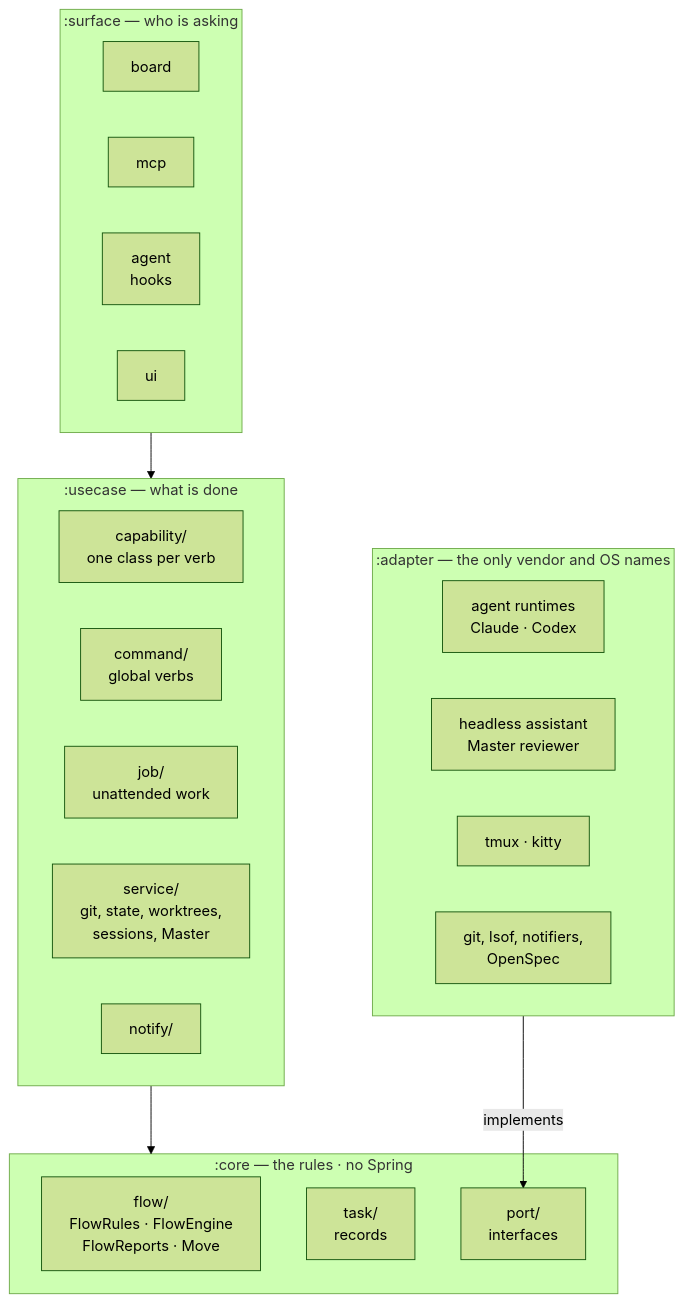
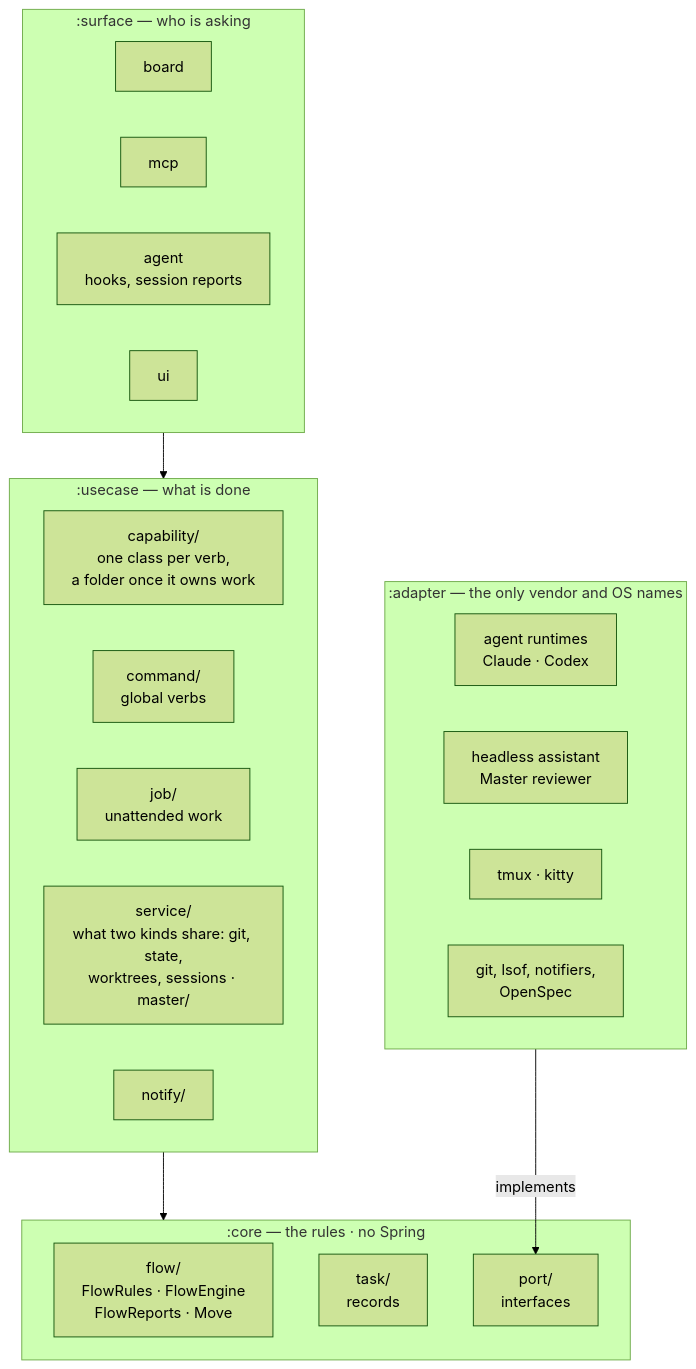
The third of 6 diagrams in docs/c4.md (GulDmitry/jagt), drawn with Mermaid (forest theme) before and after one commit. The commit also changed 2 other files, not shown here.

Commit message:
ARCHITECTURE.md listed the deleted ui/resume, a launch endpoint GlobalCommand.part replaced, no port/Answer and a job/ of jobs alone, c4 drew service/ as before the split, and RingsTest let jira, gitlab, github, anthropic and openai past the edge; all say what is there now

````diff
--- a/docs/c4.md
+++ b/docs/c4.md
@@ -85,27 +85,27 @@
 ```mermaid
 flowchart TB
     subgraph surface[":surface — who is asking"]
-        sb["board"]; sm["mcp"]; sa["agent<br/>hooks"]; su["ui"]
+        sb["board"]; sm["mcp"]; sa["agent<br/>hooks, session reports"]; su["ui"]
     end
     subgraph usecase[":usecase — what is done"]
-        cap["capability/<br/>one class per verb"]
+        cap["capability/<br/>one class per verb,<br/>a folder once it owns work"]
         cmd["command/<br/>global verbs"]
         job["job/<br/>unattended work"]
-        svc["service/<br/>git, state, worktrees,<br/>sessions, Master"]
+        svc["service/<br/>what two kinds share: git, state,<br/>worktrees, sessions · master/"]
         ntf["notify/"]
     end
     subgraph core[":core — the rules · no Spring"]
         flow["flow/<br/>FlowRules · FlowEngine<br/>FlowReports · Move"]
         task["task/<br/>records"]
         port["port/<br/>interfaces"]
     end
     subgraph adapter[":adapter — the only vendor and OS names"]
         ar["agent runtimes<br/>Claude · Codex"]
         as["headless assistant<br/>Master reviewer"]
         tx["tmux · kitty"]
         os["git, lsof, notifiers,<br/>OpenSpec"]
     end
 
     surface --> usecase --> core
     adapter -- "implements" --> port
 ```
````
